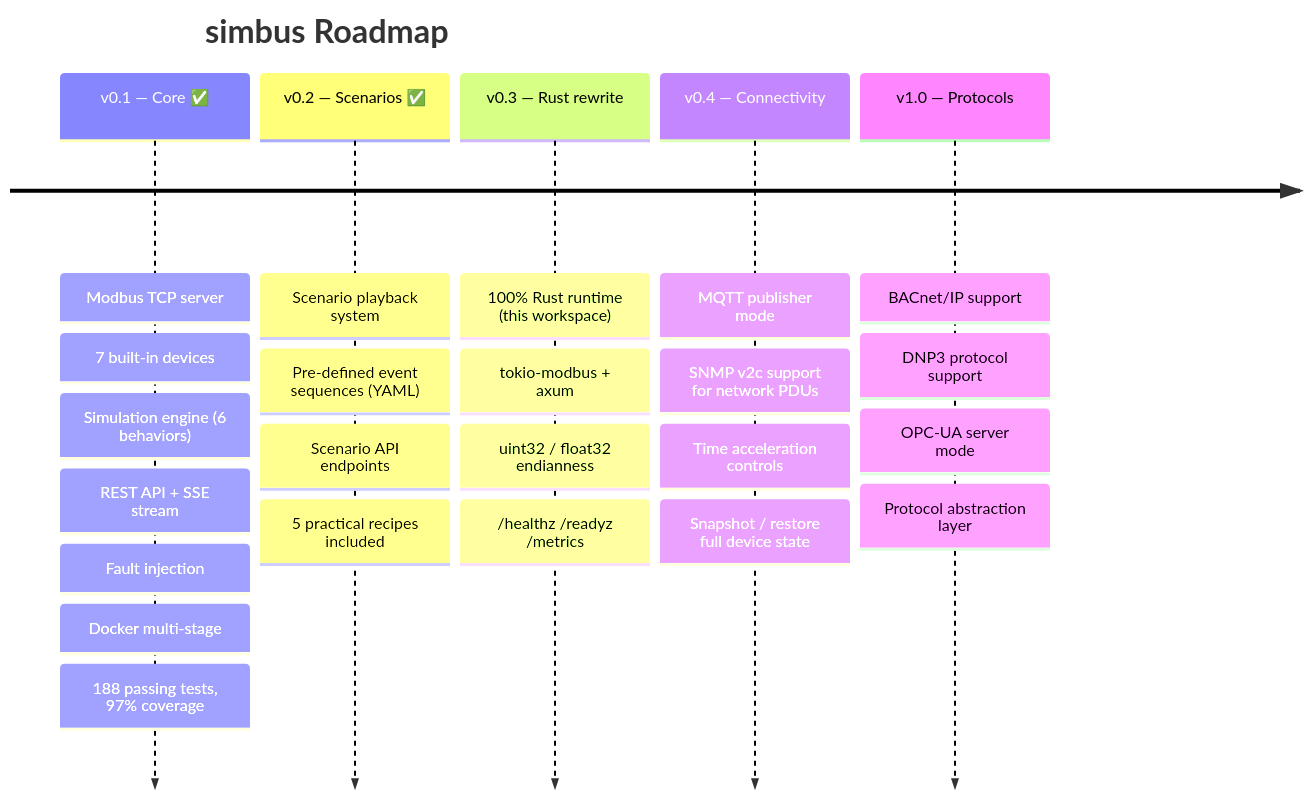
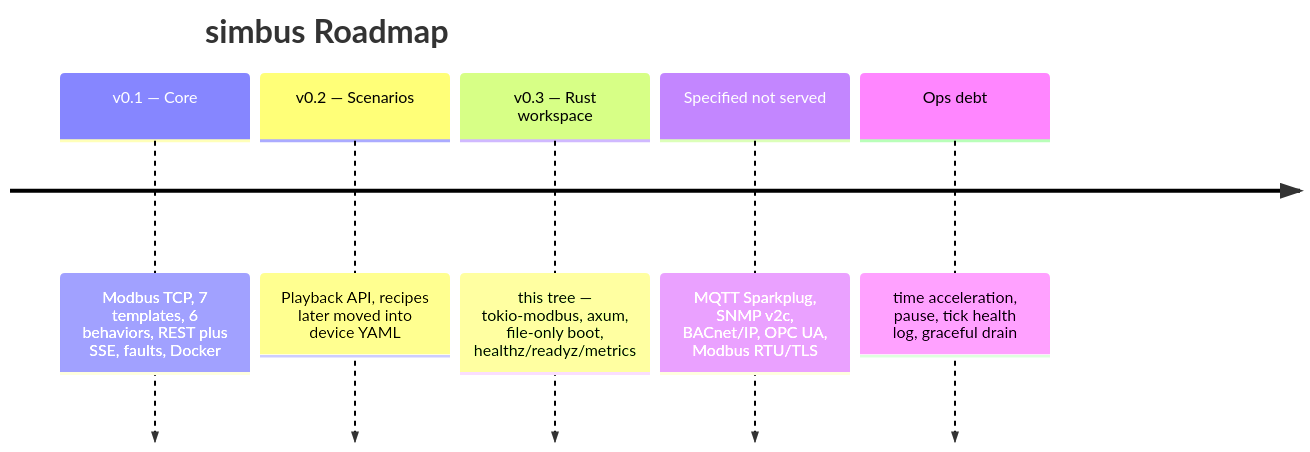
Before and after one commit to obsidia-systems/simbus: the fifth of 5 diagrams in README.md, drawn with Mermaid. The commit also changed other lines of this file and 15 other files, not shown here.

````diff
--- a/README.md
+++ b/README.md
@@ -750,27 +762,9 @@
 ```mermaid
 timeline
     title simbus Roadmap
-    v0.1 — Core ✅ : Modbus TCP server
-                    : 7 built-in devices
-                    : Simulation engine (6 behaviors)
-                    : REST API + SSE stream
-                    : Fault injection
-                    : Docker multi-stage
-                    : 188 passing tests, 97% coverage
-    v0.2 — Scenarios ✅ : Scenario playback system
-                         : Pre-defined event sequences (YAML)
-                         : Scenario API endpoints
-                         : 5 practical recipes included
-    v0.3 — Rust rewrite : 100% Rust runtime (this workspace)
-                         : tokio-modbus + axum
-                         : uint32 / float32 endianness
-                         : /healthz /readyz /metrics
-    v0.4 — Connectivity : MQTT publisher mode
-                         : SNMP v2c support for network PDUs
-                         : Time acceleration controls
-                         : Snapshot / restore full device state
-    v1.0 — Protocols : BACnet/IP support
-                     : DNP3 protocol support
-                     : OPC-UA server mode
-                     : Protocol abstraction layer
+    v0.1 — Core : Modbus TCP, 7 templates, 6 behaviors, REST plus SSE, faults, Docker
+    v0.2 — Scenarios : Playback API, recipes later moved into device YAML
+    v0.3 — Rust workspace : this tree — tokio-modbus, axum, file-only boot, healthz/readyz/metrics
+    Specified not served : MQTT Sparkplug, SNMP v2c, BACnet/IP, OPC UA, Modbus RTU/TLS
+    Ops debt : time acceleration, pause, tick health log, graceful drain
 ```
````
